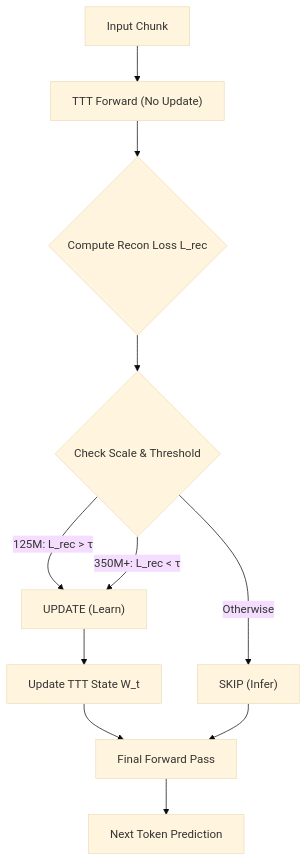
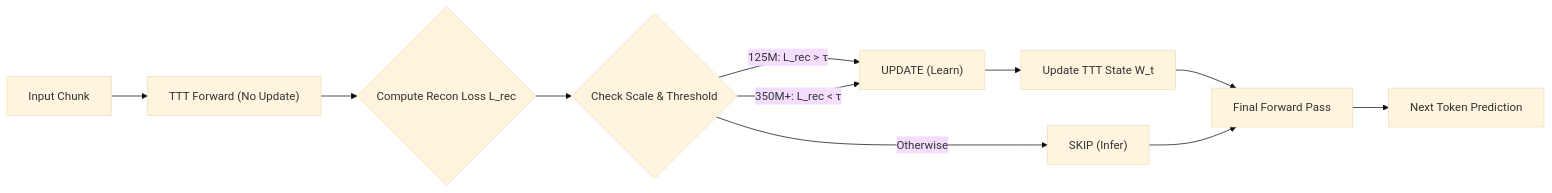
Before and after one commit to deveworld/ponderTTT: the diagram in README.md, drawn with Mermaid (base theme).

Commit message:
chore: Change Mermaid diagram to horizontal layout

````diff
--- a/README.md
+++ b/README.md
@@ -15,13 +15,13 @@
 ```mermaid
-graph TD
+graph LR
     A[Input Chunk] --> B["TTT Forward (No Update)"]
     B --> C{Compute Recon Loss L_rec}
     C --> D{Check Scale & Threshold}
     D -- "125M: L_rec > τ" --> E["UPDATE (Learn)"]
     D -- "350M+: L_rec < τ" --> E
     D -- "Otherwise" --> F["SKIP (Infer)"]
     E --> G[Update TTT State W_t]
     G --> H[Final Forward Pass]
     F --> H
     H --> I[Next Token Prediction]
 ```
````
